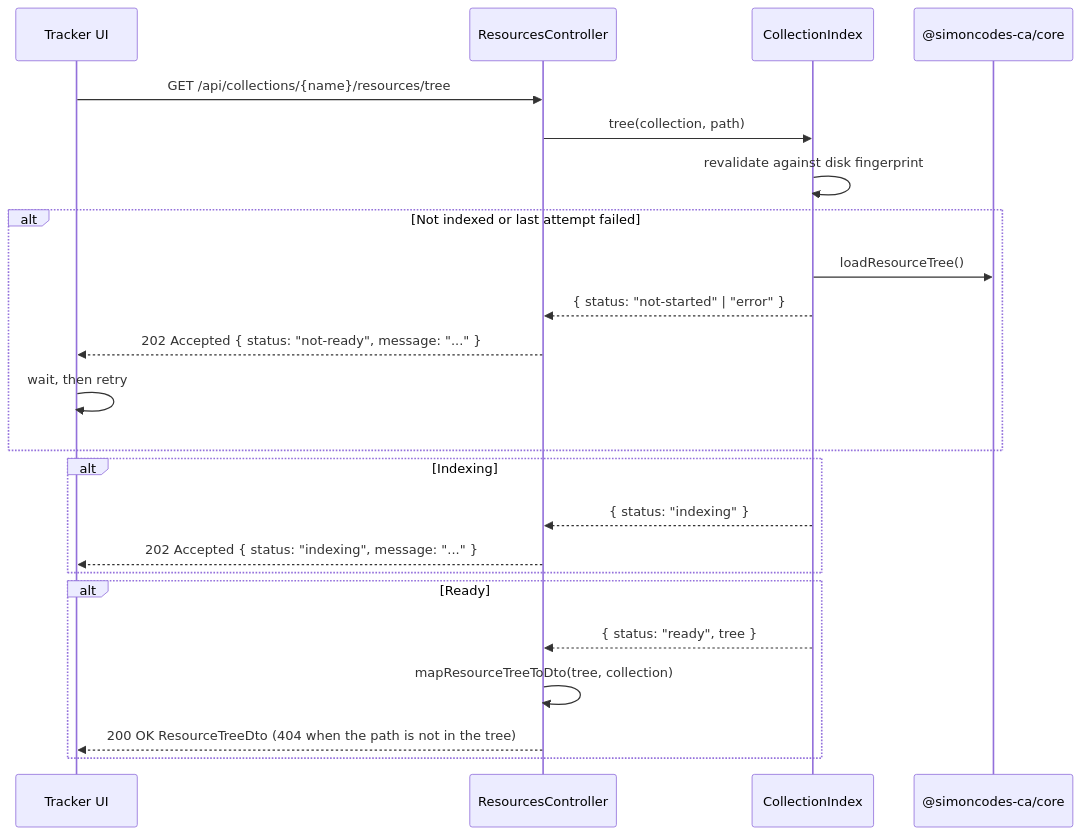
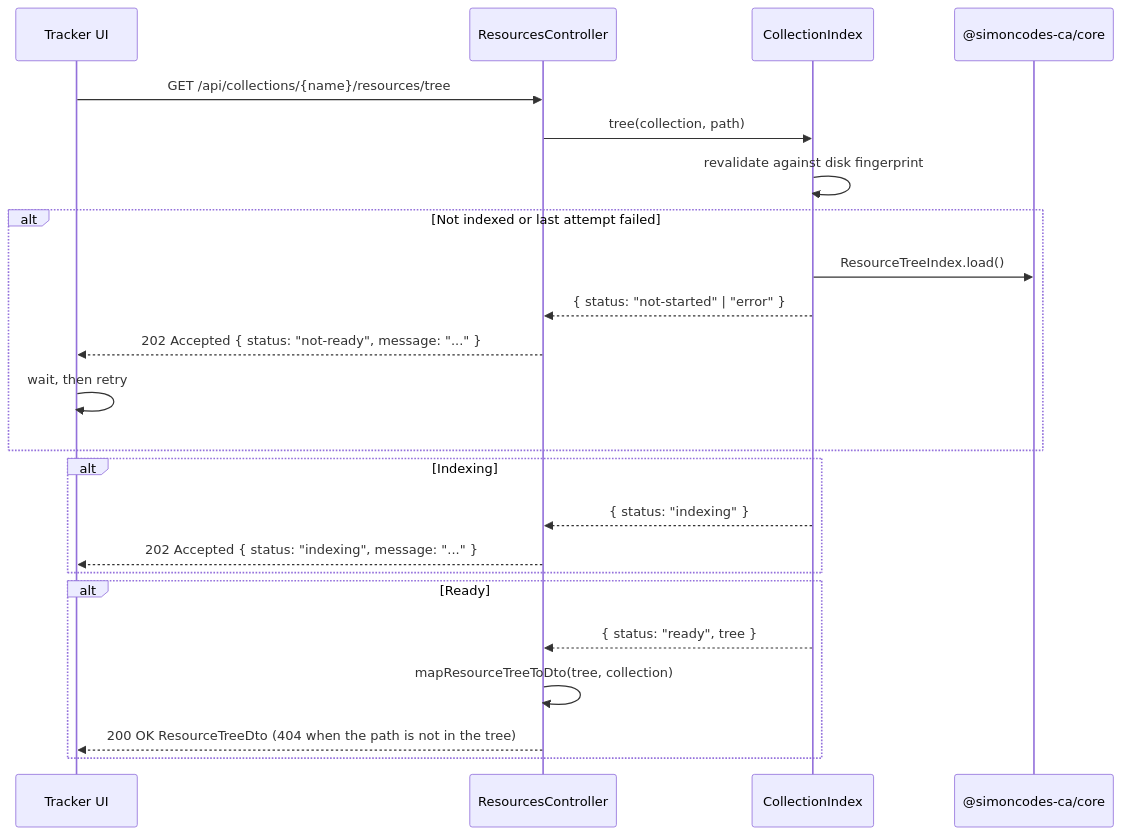
One commit to SimonNodel-AI/lingo-tracker changed the third of 4 diagrams in architecture-docs/api.md. Above: the diagram before and after it, drawn with Mermaid. The commit also changed other lines of this file and 10 other files, not shown here.

First line of the commit message:
refactor(core): a Resource Tree Index owns what each Resource Mutation means

````diff
--- a/architecture-docs/api.md
+++ b/architecture-docs/api.md
@@ -336,29 +336,29 @@
 ```mermaid
 sequenceDiagram
     participant UI as Tracker UI
     participant API as ResourcesController
     participant Index as CollectionIndex
     participant Core as @simoncodes-ca/core
 
     UI->>API: GET /api/collections/{name}/resources/tree
     API->>Index: tree(collection, path)
     Index->>Index: revalidate against disk fingerprint
 
     alt Not indexed or last attempt failed
-        Index->>Core: loadResourceTree()
+        Index->>Core: ResourceTreeIndex.load()
         Index-->>API: { status: "not-started" | "error" }
         API-->>UI: 202 Accepted { status: "not-ready", message: "..." }
         UI->>UI: wait, then retry
     end
 
     alt Indexing
         Index-->>API: { status: "indexing" }
         API-->>UI: 202 Accepted { status: "indexing", message: "..." }
     end
 
     alt Ready
         Index-->>API: { status: "ready", tree }
         API->>API: mapResourceTreeToDto(tree, collection)
         API-->>UI: 200 OK ResourceTreeDto (404 when the path is not in the tree)
     end
 ```
````
